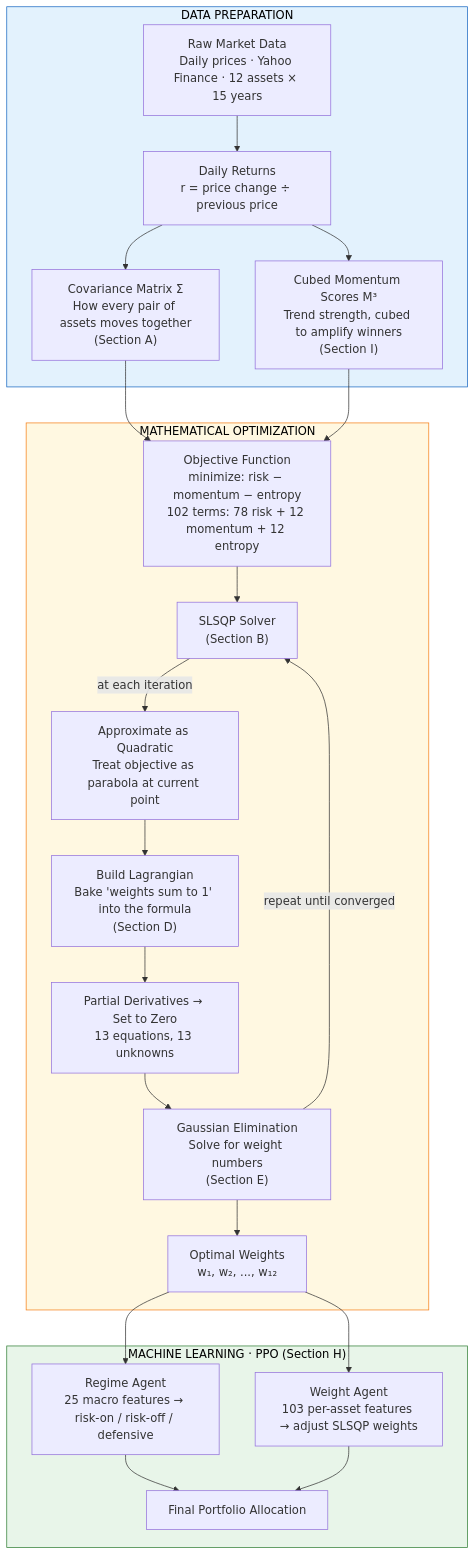
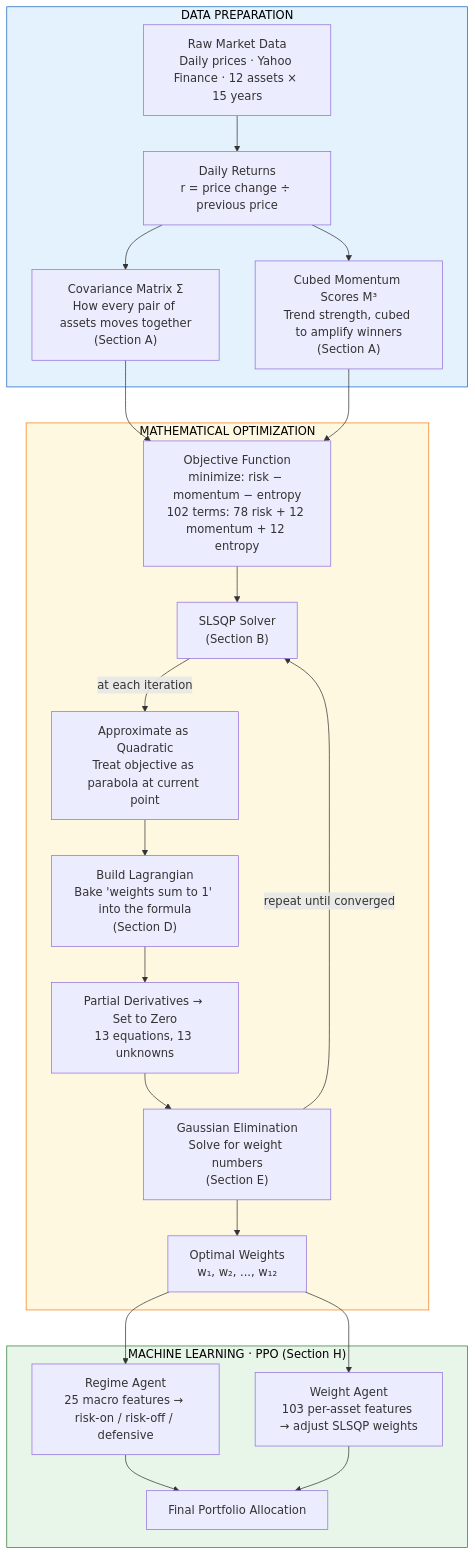
The diagram in README.md (Guannings/alpha_dual_engine), drawn with Mermaid before and after one commit. The commit also changed other lines of this file, not shown here.

Commit message:
Fix incorrect Section I reference — cubed momentum is in Section A

````diff
--- a/README.md
+++ b/README.md
@@ -1064,46 +1064,46 @@
 ```mermaid
 graph TD
     subgraph DATA ["DATA PREPARATION"]
         A["Raw Market Data<br/>Daily prices · Yahoo Finance · 12 assets × 15 years"]
         B["Daily Returns<br/>r = price change ÷ previous price"]
         C["Covariance Matrix Σ<br/>How every pair of assets moves together<br/>(Section A)"]
-        D["Cubed Momentum Scores M³<br/>Trend strength, cubed to amplify winners<br/>(Section I)"]
+        D["Cubed Momentum Scores M³<br/>Trend strength, cubed to amplify winners<br/>(Section A)"]
     end
 
     subgraph MATH ["MATHEMATICAL OPTIMIZATION"]
         E["Objective Function<br/>minimize: risk − momentum − entropy<br/>102 terms: 78 risk + 12 momentum + 12 entropy"]
         F["SLSQP Solver<br/>(Section B)"]
         G["Approximate as Quadratic<br/>Treat objective as parabola at current point"]
         H["Build Lagrangian<br/>Bake 'weights sum to 1' into the formula<br/>(Section D)"]
         I["Partial Derivatives → Set to Zero<br/>13 equations, 13 unknowns"]
         J["Gaussian Elimination<br/>Solve for weight numbers<br/>(Section E)"]
         K["Optimal Weights<br/>w₁, w₂, ..., w₁₂"]
     end
 
     subgraph ML ["MACHINE LEARNING · PPO (Section H)"]
         L["Regime Agent<br/>25 macro features → risk-on / risk-off / defensive"]
         M["Weight Agent<br/>103 per-asset features → adjust SLSQP weights"]
         N["Final Portfolio Allocation"]
     end
 
     A --> B
     B --> C
     B --> D
     C --> E
     D --> E
     E --> F
     F -->|"at each iteration"| G
     G --> H
     H --> I
     I --> J
     J -->|"repeat until converged"| F
     J --> K
     K --> L
     K --> M
     L --> N
     M --> N
 
     style DATA fill:#e3f2fd,stroke:#1565c0,color:#000
     style MATH fill:#fff8e1,stroke:#f57f17,color:#000
     style ML fill:#e8f5e9,stroke:#2e7d32,color:#000
 ```
````
